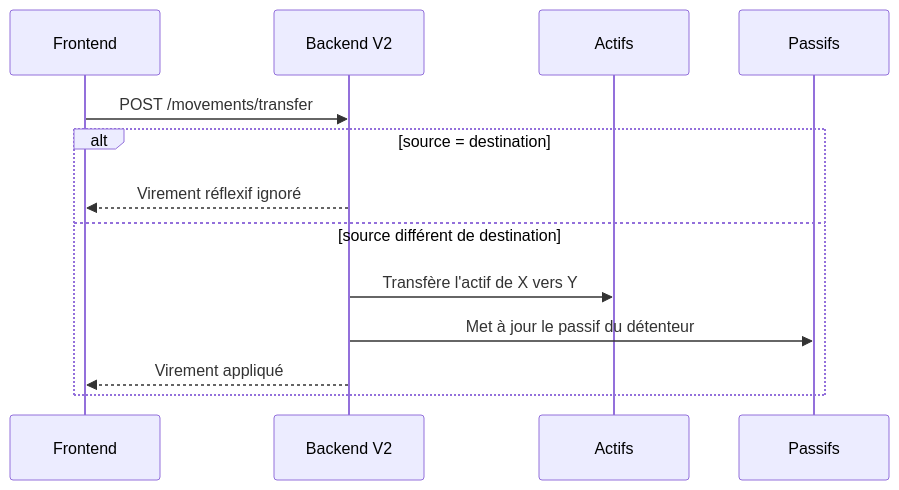
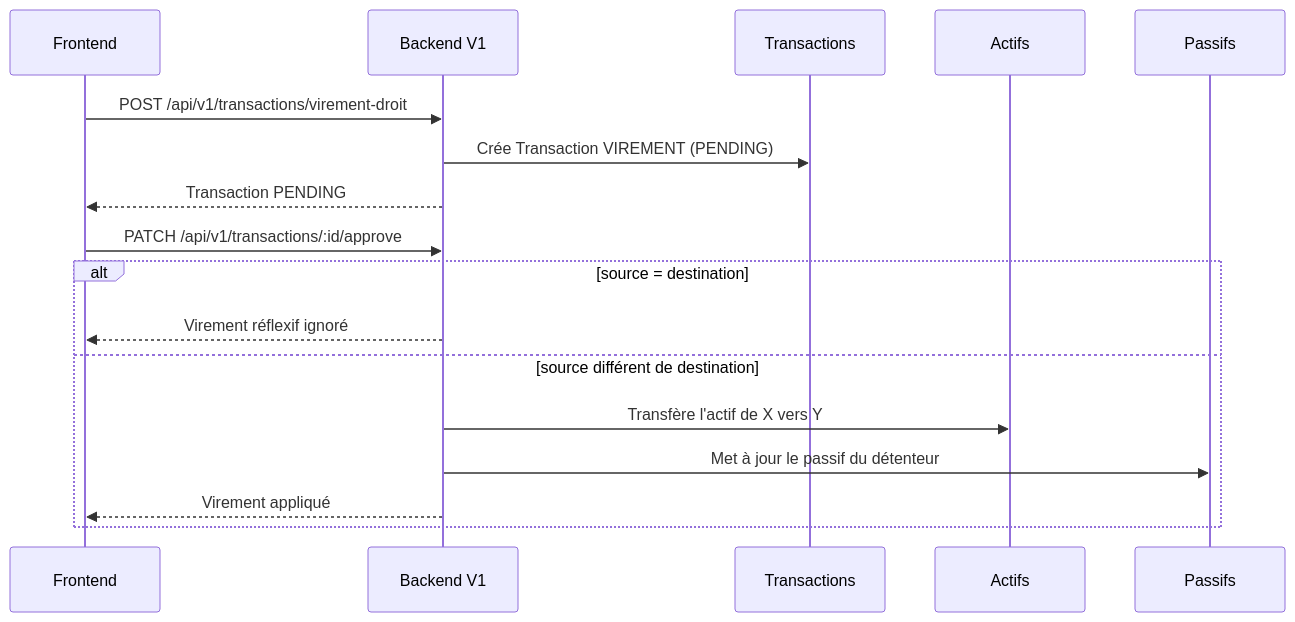
The second of 4 diagrams in docs/tache_02_11_2026.md (raDominique/commercegestion_back), drawn with Mermaid before and after one commit. The commit also changed other lines of this file, not shown here.

Commit message:
feat(docs): update documentation for V1 movements integration and endpoints

````diff
--- a/docs/tache_02_11_2026.md
+++ b/docs/tache_02_11_2026.md
@@ -49,16 +91,20 @@
 ```mermaid
 sequenceDiagram
     participant F as Frontend
-    participant B as Backend V2
+    participant B as Backend V1
+    participant DB as Transactions
     participant A as Actifs
     participant P as Passifs
 
-    F->>B: POST /movements/transfer
+    F->>B: POST /api/v1/transactions/virement-droit
+    B->>DB: Crée Transaction VIREMENT (PENDING)
+    B-->>F: Transaction PENDING
+    F->>B: PATCH /api/v1/transactions/:id/approve
     alt source = destination
         B-->>F: Virement réflexif ignoré
     else source différent de destination
         B->>A: Transfère l'actif de X vers Y
         B->>P: Met à jour le passif du détenteur
         B-->>F: Virement appliqué
     end
 ```
````
